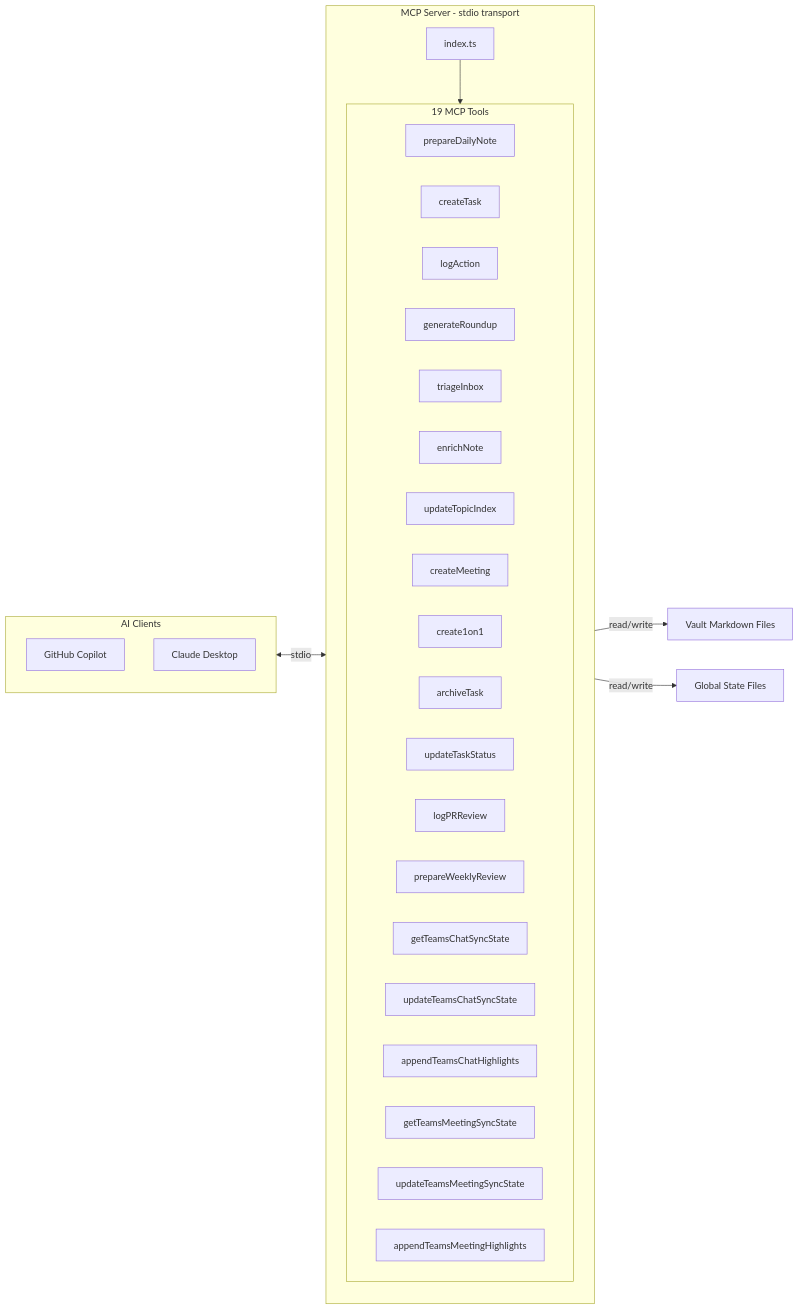
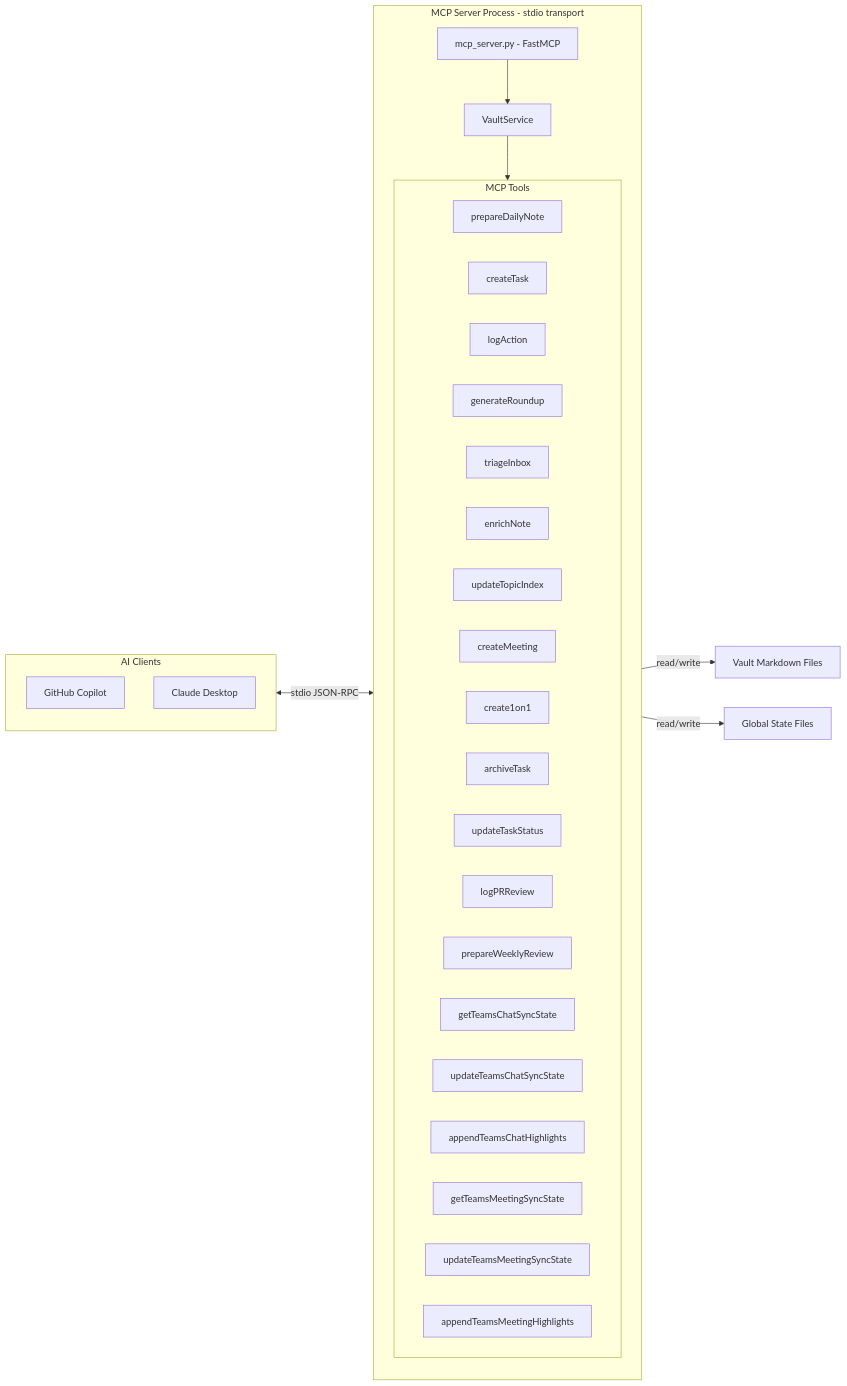
One commit to kipackjeongMS/DuckyAI changed the fourth of 16 diagrams in docs/DuckyAI-System-Design.md. Above: the diagram before and after it, drawn with Mermaid. The commit also changed other lines of this file, not shown here.

First line of the commit message:
docs: update architecture doc with runtime process model and IPC details

````diff
--- a/docs/DuckyAI-System-Design.md
+++ b/docs/DuckyAI-System-Design.md
@@ -167,40 +167,43 @@
 ```mermaid
 graph LR
     subgraph CLIENTS["AI Clients"]
         COP[GitHub Copilot]
         CLA[Claude Desktop]
     end
 
-    subgraph MCP_SRV["MCP Server - stdio transport"]
+    subgraph MCP_SRV["MCP Server Process - stdio transport"]
         direction TB
-        IDX[index.ts]
+        ENTRY[mcp_server.py - FastMCP]
+        VS[VaultService]
 
-        subgraph TOOLS["19 MCP Tools"]
+        subgraph TOOLS["MCP Tools"]
             direction LR
             T1[prepareDailyNote]
             T2[createTask]
             T3[logAction]
             T4[generateRoundup]
             T5[triageInbox]
             T6[enrichNote]
             T7[updateTopicIndex]
             T8[createMeeting]
             T9[create1on1]
             T10[archiveTask]
             T11[updateTaskStatus]
             T12[logPRReview]
             T13[prepareWeeklyReview]
             T14[getTeamsChatSyncState]
             T15[updateTeamsChatSyncState]
             T16[appendTeamsChatHighlights]
             T17[getTeamsMeetingSyncState]
             T18[updateTeamsMeetingSyncState]
             T19[appendTeamsMeetingHighlights]
         end
+
+        ENTRY --> VS
+        VS --> TOOLS
     end
 
-    CLIENTS <-->|stdio| IDX
-    IDX --> TOOLS
+    CLIENTS <-->|stdio JSON-RPC| ENTRY
     TOOLS -->|read/write| VAULT_FILES[Vault Markdown Files]
     TOOLS -->|read/write| STATE[Global State Files]
 ```
````
